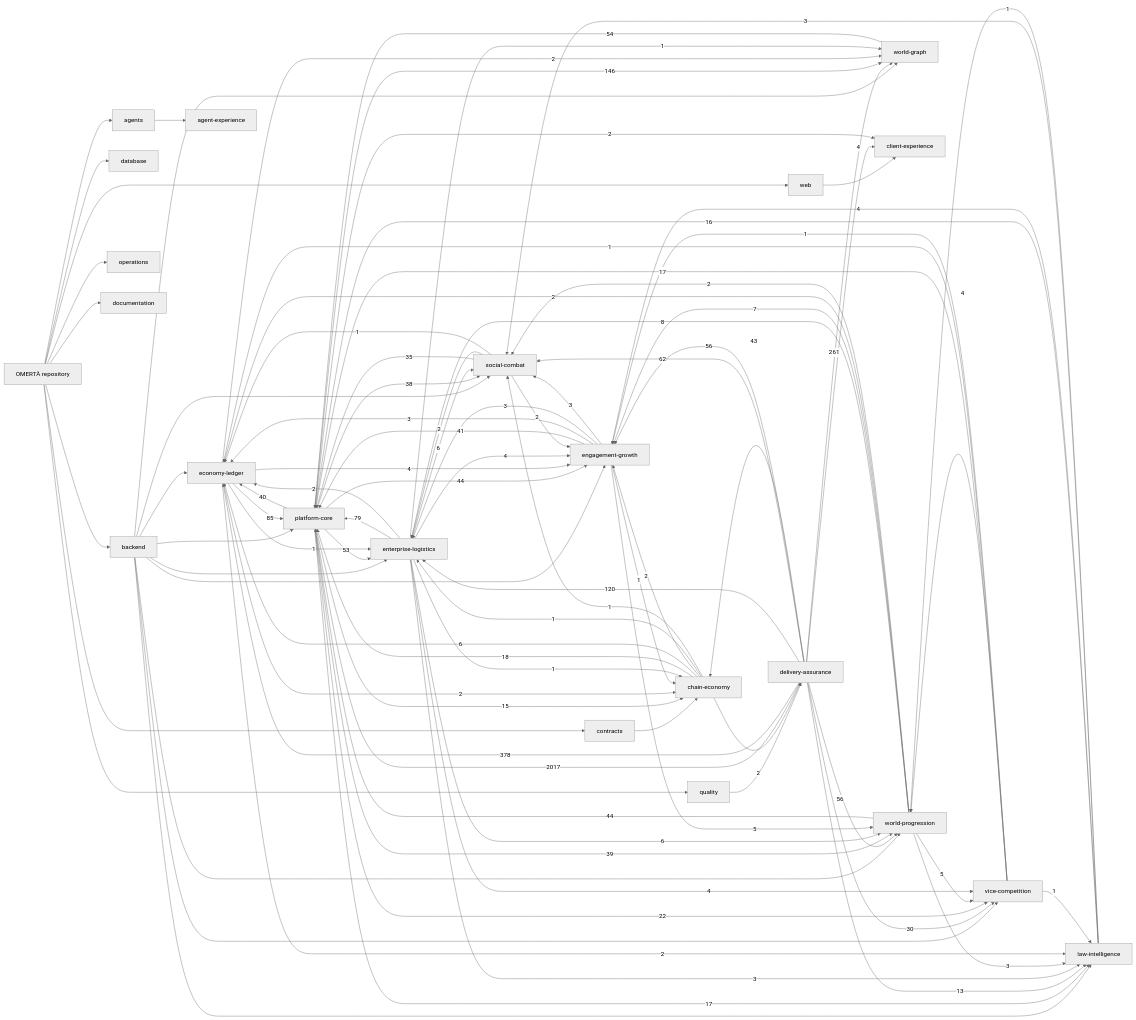
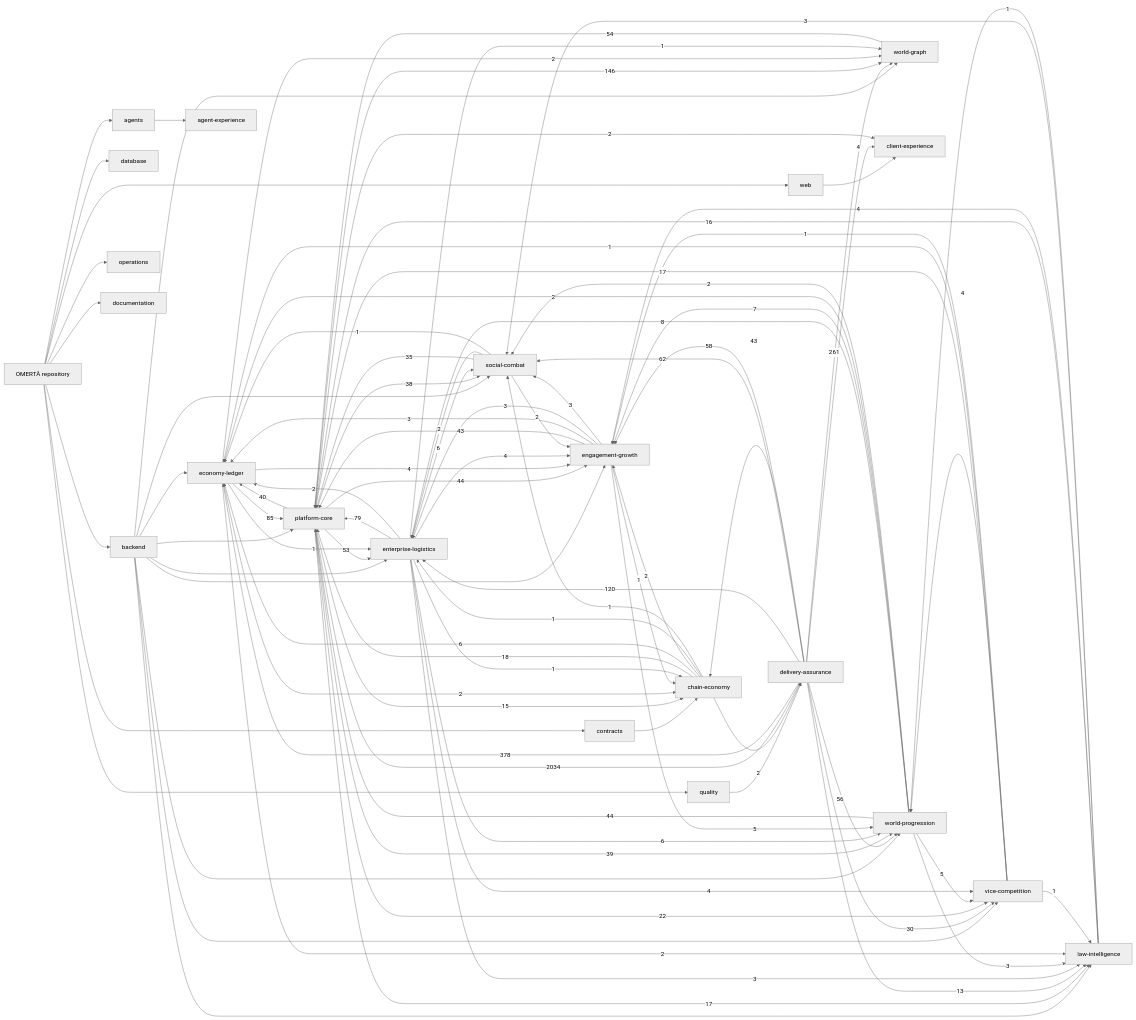
One commit to OmertaDev/Omerta changed the diagram in knowledge/generated/graph.mmd. Above: the diagram before and after it, drawn with Mermaid (neutral theme). The commit also changed 8 other files, not shown here.

```diff
--- a/knowledge/generated/graph.mmd
+++ b/knowledge/generated/graph.mmd
@@ -1,113 +1,113 @@
 flowchart LR
   repo["OMERTÀ repository"]
   sub_backend["backend"]
   repo --> sub_backend
   sub_database["database"]
   repo --> sub_database
   sub_web["web"]
   repo --> sub_web
   sub_contracts["contracts"]
   repo --> sub_contracts
   sub_agents["agents"]
   repo --> sub_agents
   sub_quality["quality"]
   repo --> sub_quality
   sub_operations["operations"]
   repo --> sub_operations
   sub_documentation["documentation"]
   repo --> sub_documentation
   dom_platform-core["platform-core"]
   dom_economy-ledger["economy-ledger"]
   dom_social-combat["social-combat"]
   dom_world-progression["world-progression"]
   dom_world-graph["world-graph"]
   dom_enterprise-logistics["enterprise-logistics"]
   dom_vice-competition["vice-competition"]
   dom_law-intelligence["law-intelligence"]
   dom_chain-economy["chain-economy"]
   dom_engagement-growth["engagement-growth"]
   dom_client-experience["client-experience"]
   dom_agent-experience["agent-experience"]
   dom_delivery-assurance["delivery-assurance"]
   sub_agents --> dom_agent-experience
   sub_backend --> dom_economy-ledger
   sub_backend --> dom_engagement-growth
   sub_backend --> dom_enterprise-logistics
   sub_backend --> dom_law-intelligence
   sub_backend --> dom_platform-core
   sub_backend --> dom_social-combat
   sub_backend --> dom_vice-competition
   sub_backend --> dom_world-graph
   sub_backend --> dom_world-progression
   sub_contracts --> dom_chain-economy
   sub_quality --> dom_delivery-assurance
   sub_web --> dom_client-experience
-  dom_delivery-assurance -->|2017| dom_platform-core
+  dom_delivery-assurance -->|2034| dom_platform-core
   dom_delivery-assurance -->|378| dom_economy-ledger
   dom_delivery-assurance -->|261| dom_world-graph
   dom_platform-core -->|146| dom_world-graph
   dom_delivery-assurance -->|120| dom_enterprise-logistics
   dom_economy-ledger -->|85| dom_platform-core
   dom_enterprise-logistics -->|79| dom_platform-core
   dom_delivery-assurance -->|62| dom_social-combat
-  dom_delivery-assurance -->|56| dom_engagement-growth
+  dom_delivery-assurance -->|58| dom_engagement-growth
   dom_delivery-assurance -->|56| dom_world-progression
   dom_world-graph -->|54| dom_platform-core
   dom_platform-core -->|53| dom_enterprise-logistics
   dom_platform-core -->|44| dom_engagement-growth
   dom_world-progression -->|44| dom_platform-core
   dom_delivery-assurance -->|43| dom_chain-economy
-  dom_engagement-growth -->|41| dom_platform-core
+  dom_engagement-growth -->|43| dom_platform-core
   dom_platform-core -->|40| dom_economy-ledger
   dom_platform-core -->|39| dom_world-progression
   dom_platform-core -->|38| dom_social-combat
   dom_social-combat -->|35| dom_platform-core
   dom_delivery-assurance -->|30| dom_vice-competition
   dom_platform-core -->|22| dom_vice-competition
   dom_chain-economy -->|18| dom_platform-core
   dom_platform-core -->|17| dom_law-intelligence
   dom_vice-competition -->|17| dom_platform-core
   dom_law-intelligence -->|16| dom_platform-core
   dom_platform-core -->|15| dom_chain-economy
   dom_delivery-assurance -->|13| dom_law-intelligence
   dom_world-progression -->|8| dom_enterprise-logistics
   dom_world-progression -->|7| dom_engagement-growth
   dom_chain-economy -->|6| dom_economy-ledger
   dom_enterprise-logistics -->|6| dom_social-combat
   dom_enterprise-logistics -->|6| dom_world-progression
   dom_engagement-growth -->|5| dom_world-progression
   dom_world-progression -->|5| dom_vice-competition
   dom_delivery-assurance -->|4| dom_client-experience
   dom_economy-ledger -->|4| dom_engagement-growth
   dom_enterprise-logistics -->|4| dom_engagement-growth
   dom_enterprise-logistics -->|4| dom_vice-competition
   dom_law-intelligence -->|4| dom_engagement-growth
   dom_vice-competition -->|4| dom_world-progression
   dom_engagement-growth -->|3| dom_economy-ledger
   dom_engagement-growth -->|3| dom_enterprise-logistics
   dom_engagement-growth -->|3| dom_social-combat
   dom_enterprise-logistics -->|3| dom_law-intelligence
   dom_law-intelligence -->|3| dom_social-combat
   dom_world-progression -->|3| dom_law-intelligence
   dom_chain-economy -->|2| dom_delivery-assurance
   dom_chain-economy -->|2| dom_engagement-growth
   dom_economy-ledger -->|2| dom_chain-economy
   dom_economy-ledger -->|2| dom_law-intelligence
   dom_economy-ledger -->|2| dom_world-graph
   dom_enterprise-logistics -->|2| dom_economy-ledger
   dom_platform-core -->|2| dom_client-experience
   dom_social-combat -->|2| dom_engagement-growth
   dom_social-combat -->|2| dom_enterprise-logistics
   dom_world-progression -->|2| dom_economy-ledger
   dom_world-progression -->|2| dom_social-combat
   dom_chain-economy -->|1| dom_enterprise-logistics
   dom_chain-economy -->|1| dom_social-combat
   dom_economy-ledger -->|1| dom_enterprise-logistics
   dom_engagement-growth -->|1| dom_chain-economy
   dom_enterprise-logistics -->|1| dom_chain-economy
   dom_enterprise-logistics -->|1| dom_world-graph
   dom_law-intelligence -->|1| dom_world-progression
   dom_social-combat -->|1| dom_economy-ledger
   dom_vice-competition -->|1| dom_economy-ledger
   dom_vice-competition -->|1| dom_engagement-growth
   dom_vice-competition -->|1| dom_law-intelligence
```
